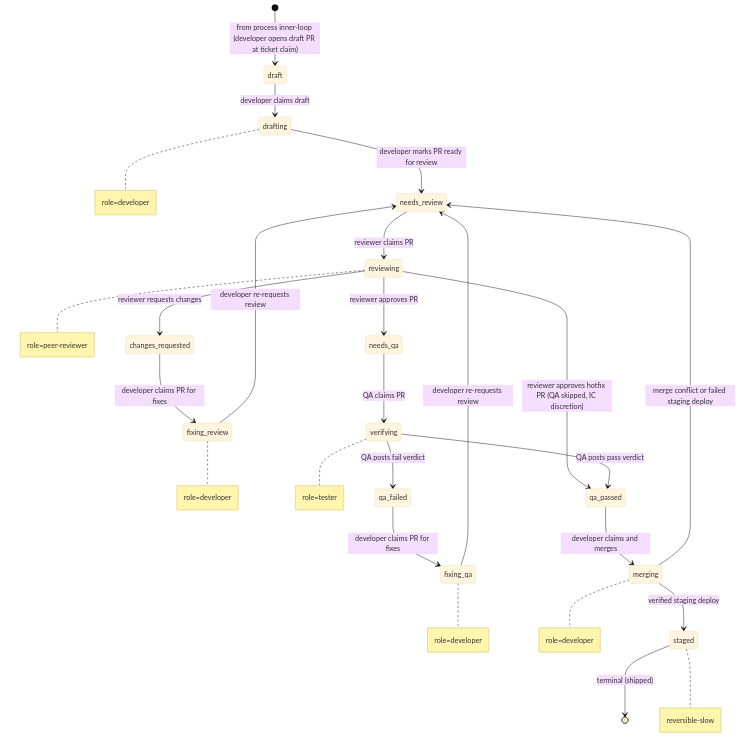
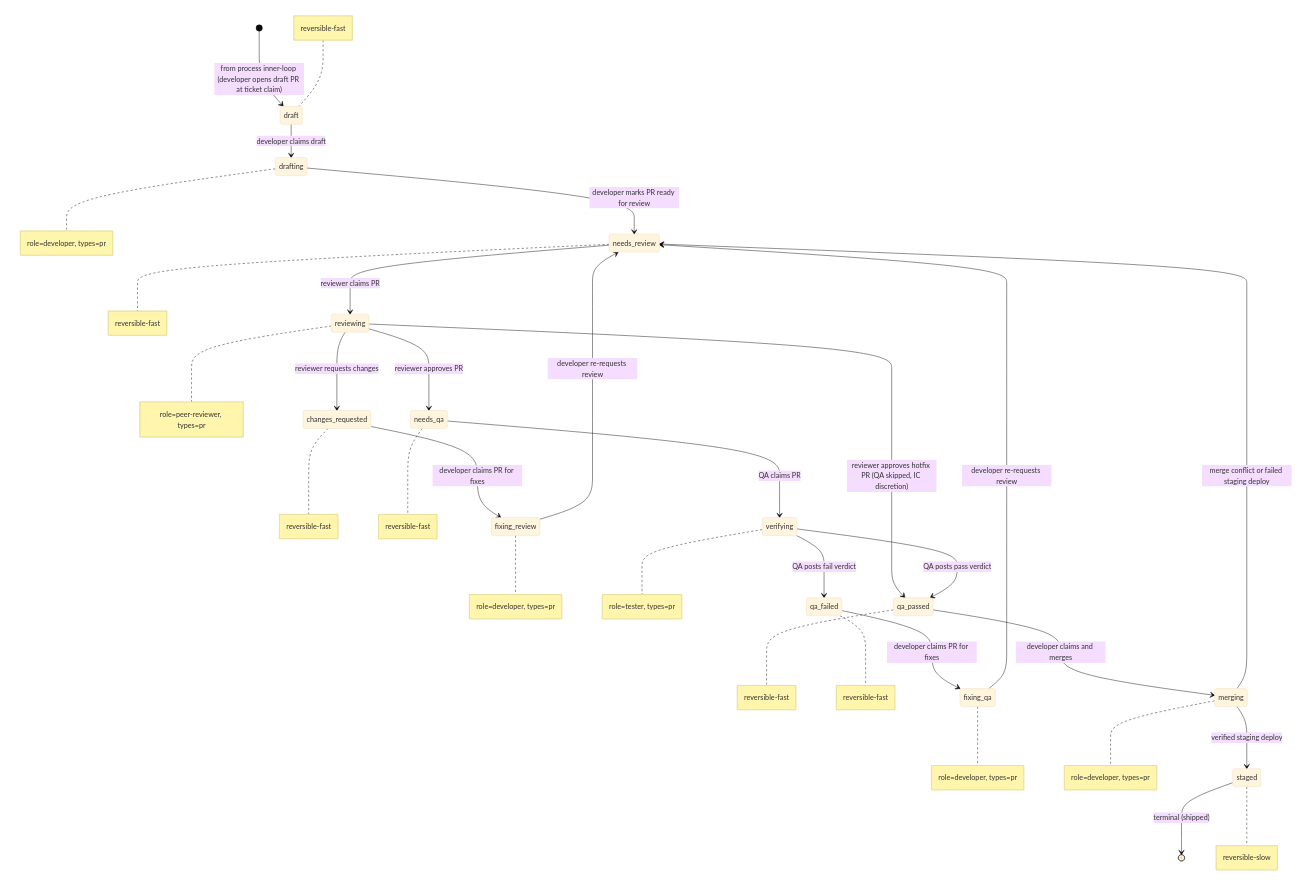
The diagram in examples/workflows/pr-states.mermaid (blemees/blemees-workflow), drawn with Mermaid (base theme) before and after one commit. The commit also changed 41 other files, not shown here.

```diff
--- a/examples/workflows/pr-states.mermaid
+++ b/examples/workflows/pr-states.mermaid
@@ -1,31 +1,37 @@
 stateDiagram-v2
     %% Cross-process interfaces:
     %%   Entry (spawn ): draft from process inner-loop
     %%
 
     [*] --> draft: from process inner-loop (developer opens draft PR at ticket claim)
     draft --> drafting: developer claims draft
     drafting --> needs_review: developer marks PR ready for review
     needs_review --> reviewing: reviewer claims PR
     reviewing --> needs_qa: reviewer approves PR
     reviewing --> qa_passed: reviewer approves hotfix PR (QA skipped, IC discretion)
     reviewing --> changes_requested: reviewer requests changes
     changes_requested --> fixing_review: developer claims PR for fixes
     fixing_review --> needs_review: developer re-requests review
     needs_qa --> verifying: QA claims PR
     verifying --> qa_passed: QA posts pass verdict
     verifying --> qa_failed: QA posts fail verdict
     qa_failed --> fixing_qa: developer claims PR for fixes
     fixing_qa --> needs_review: developer re-requests review
     qa_passed --> merging: developer claims and merges
     merging --> staged: verified staging deploy
     merging --> needs_review: merge conflict or failed staging deploy
     staged --> [*]: terminal (shipped)
 
-    note right of drafting: role=developer
-    note right of reviewing: role=peer-reviewer
-    note right of fixing_review: role=developer
-    note right of verifying: role=tester
-    note right of fixing_qa: role=developer
-    note right of merging: role=developer
+    note left of draft: reversible-fast
+    note right of drafting: role=developer, types=pr
+    note right of needs_review: reversible-fast
+    note right of reviewing: role=peer-reviewer, types=pr
+    note right of changes_requested: reversible-fast
+    note right of fixing_review: role=developer, types=pr
+    note right of needs_qa: reversible-fast
+    note right of verifying: role=tester, types=pr
+    note right of qa_passed: reversible-fast
+    note right of qa_failed: reversible-fast
+    note right of fixing_qa: role=developer, types=pr
+    note right of merging: role=developer, types=pr
     note right of staged: reversible-slow
```
